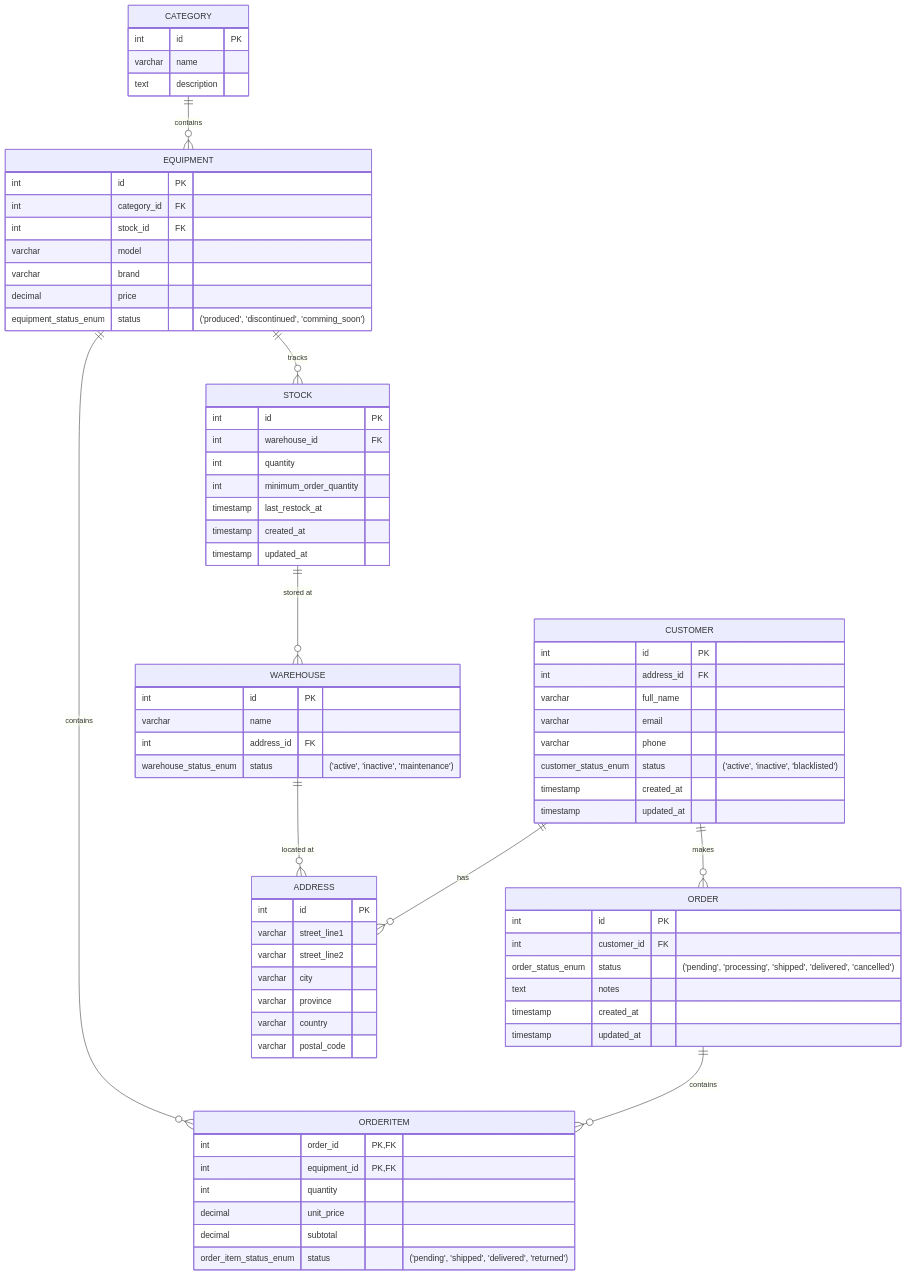
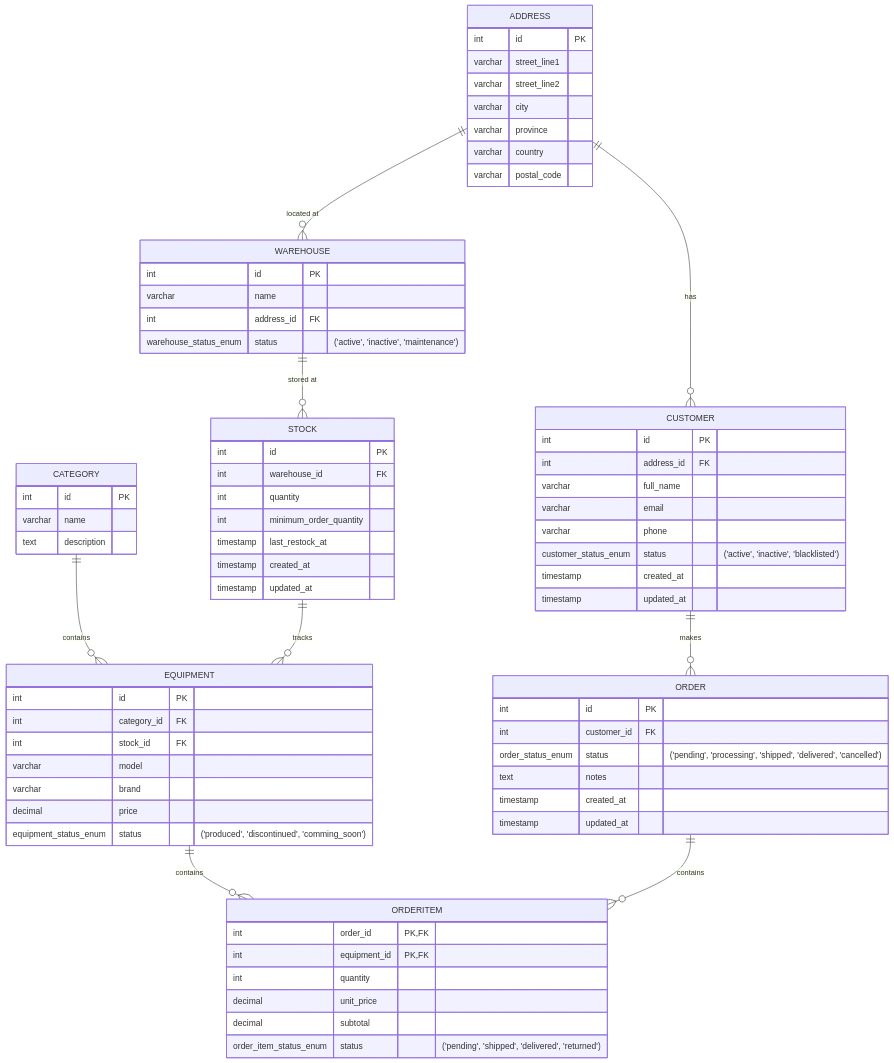
One commit to nadzyah/sports-equipment-db changed the diagram in schema.mmd. Above: the diagram before and after it, drawn with Mermaid.

Commit message:
Fix relations in schema

```diff
--- a/schema.mmd
+++ b/schema.mmd
@@ -1,81 +1,81 @@
 erDiagram
     CATEGORY ||--o{ EQUIPMENT : contains
     EQUIPMENT ||--o{ ORDERITEM : contains
     CUSTOMER ||--o{ ORDER : makes
     ORDER ||--o{ ORDERITEM : contains
-    EQUIPMENT ||--o{ STOCK : tracks
-    STOCK ||--o{ WAREHOUSE : "stored at"
-    WAREHOUSE ||--o{ ADDRESS : "located at"
-    CUSTOMER ||--o{ ADDRESS : has
+    STOCK ||--o{ EQUIPMENT : tracks
+    WAREHOUSE ||--o{ STOCK : "stored at"
+    ADDRESS ||--o{ WAREHOUSE : "located at"
+    ADDRESS ||--o{ CUSTOMER : has
 
     CATEGORY {
         int id PK
         varchar name
         text description
     }
 
     EQUIPMENT {
         int id PK
         int category_id FK
         int stock_id FK
         varchar model
         varchar brand
         decimal price
         equipment_status_enum status "('produced', 'discontinued', 'comming_soon')"
     }
 
     WAREHOUSE {
         int id PK
         varchar name
         int address_id FK
         warehouse_status_enum status "('active', 'inactive', 'maintenance')"
     }
 
     ADDRESS {
         int id PK
         varchar street_line1
         varchar street_line2
         varchar city
         varchar province
         varchar country
         varchar postal_code
     }
 
     CUSTOMER {
         int id PK
         int address_id FK
         varchar full_name
         varchar email
         varchar phone
         customer_status_enum status "('active', 'inactive', 'blacklisted')"
         timestamp created_at
         timestamp updated_at
     }
 
     ORDER {
         int id PK
         int customer_id FK
         order_status_enum status "('pending', 'processing', 'shipped', 'delivered', 'cancelled')"
         text notes
         timestamp created_at
         timestamp updated_at
     }
 
     ORDERITEM {
         int order_id PK,FK
         int equipment_id PK,FK
         int quantity
         decimal unit_price
         decimal subtotal
         order_item_status_enum status "('pending', 'shipped', 'delivered', 'returned')"
     }
 
     STOCK {
         int id PK
         int warehouse_id FK
         int quantity
         int minimum_order_quantity
         timestamp last_restock_at
         timestamp created_at
         timestamp updated_at
     }
```
